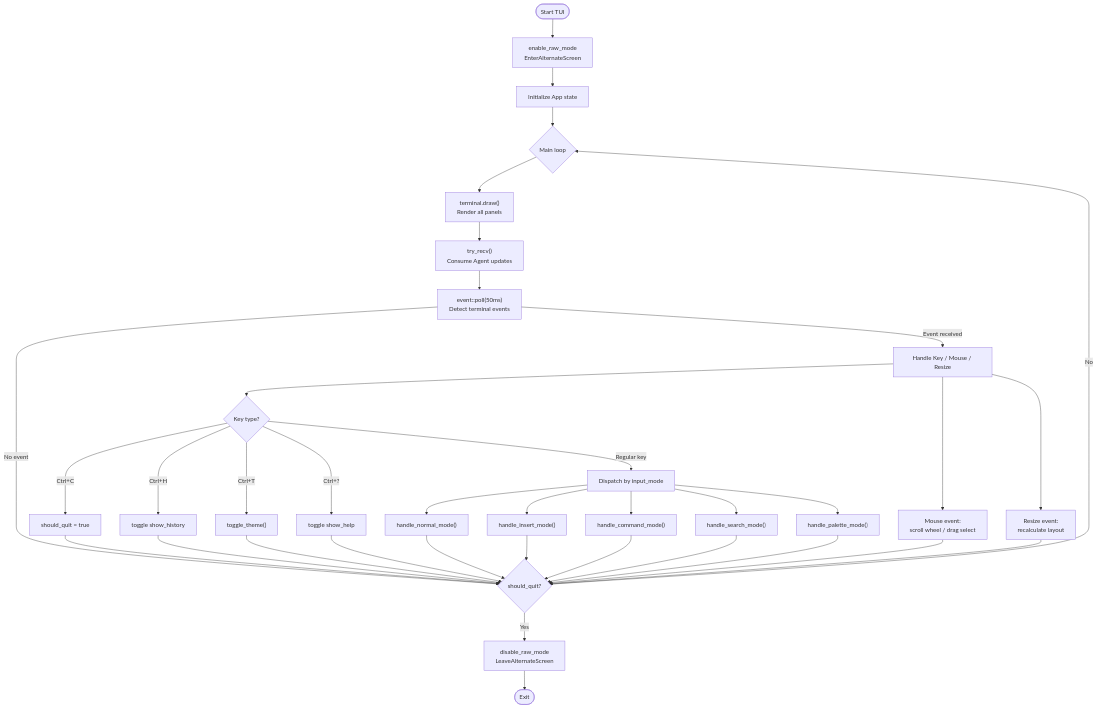
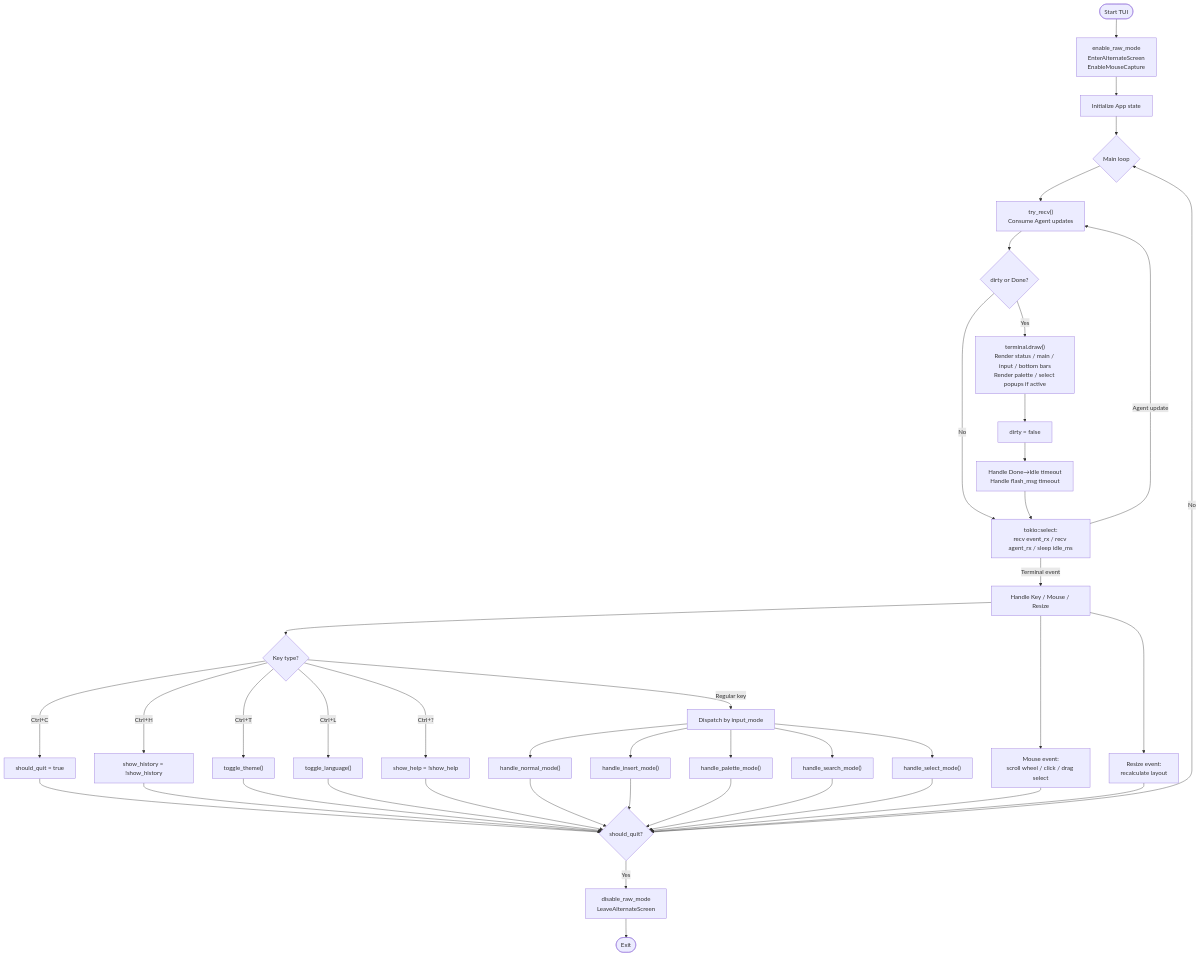
One commit to rust-infra/tact changed the eighth of 10 diagrams in ARCHITECTURE.md. Above: the diagram before and after it, drawn with Mermaid. The commit also changed other lines of this file and 3 other files, not shown here.

````diff
--- a/ARCHITECTURE.md
+++ b/ARCHITECTURE.md
@@ -176,45 +408,51 @@
 ```mermaid
 flowchart TD
-    Start([Start TUI]) --> Init["enable_raw_mode<br/>EnterAlternateScreen"]
+    Start([Start TUI]) --> Init["enable_raw_mode<br/>EnterAlternateScreen<br/>EnableMouseCapture"]
     Init --> InitApp["Initialize App state"]
     InitApp --> LoopStart{Main loop}
 
-    LoopStart --> Draw["terminal.draw()<br/>Render all panels"]
-    Draw --> PollAgent["try_recv()<br/>Consume Agent updates"]
-    PollAgent --> PollEvent["event::poll(50ms)<br/>Detect terminal events"]
+    LoopStart --> DrainAgent["try_recv()<br/>Consume Agent updates"]
+    DrainAgent --> DirtyCheck{dirty or Done?}
+    DirtyCheck -- No --> WaitEvent
+    DirtyCheck -- Yes --> Draw["terminal.draw()<br/>Render status / main / input / bottom bars<br/>Render palette / select popups if active"]
+    Draw --> ResetDirty["dirty = false"]
+    ResetDirty --> Timers["Handle Done→Idle timeout<br/>Handle flash_msg timeout"]
 
-    PollEvent -- "No event" --> CheckQuit{should_quit?}
-    PollEvent -- "Event received" --> HandleEvent["Handle Key / Mouse / Resize"]
+    Timers --> WaitEvent["tokio::select:<br/>recv event_rx / recv agent_rx / sleep idle_ms"]
+    WaitEvent -- Agent update --> DrainAgent
+    WaitEvent -- Terminal event --> HandleEvent["Handle Key / Mouse / Resize"]
 
     HandleEvent --> KeyCheck{Key type?}
     KeyCheck -- "Ctrl+C" --> SetQuit["should_quit = true"]
-    KeyCheck -- "Ctrl+H" --> ToggleHist["toggle show_history"]
+    KeyCheck -- "Ctrl+H" --> ToggleHist["show_history = !show_history"]
     KeyCheck -- "Ctrl+T" --> ToggleTheme["toggle_theme()"]
-    KeyCheck -- "Ctrl+?" --> ToggleHelp["toggle show_help"]
+    KeyCheck -- "Ctrl+L" --> ToggleLang["toggle_language()"]
+    KeyCheck -- "Ctrl+?" --> ToggleHelp["show_help = !show_help"]
     KeyCheck -- "Regular key" --> ModeDispatch["Dispatch by input_mode"]
 
     ModeDispatch --> Normal["handle_normal_mode()"]
     ModeDispatch --> Insert["handle_insert_mode()"]
-    ModeDispatch --> Command["handle_command_mode()"]
+    ModeDispatch --> Command["handle_palette_mode()"]
     ModeDispatch --> Search["handle_search_mode()"]
-    ModeDispatch --> Palette["handle_palette_mode()"]
+    ModeDispatch --> Select["handle_select_mode()"]
 
-    HandleEvent --> Mouse["Mouse event:<br/>scroll wheel / drag select"]
+    HandleEvent --> Mouse["Mouse event:<br/>scroll wheel / click / drag select"]
     HandleEvent --> Resize["Resize event:<br/>recalculate layout"]
 
-    SetQuit --> CheckQuit
-    ToggleHist --> CheckQuit
-    ToggleTheme --> CheckQuit
-    ToggleHelp --> CheckQuit
-    Normal --> CheckQuit
-    Insert --> CheckQuit
-    Command --> CheckQuit
-    Search --> CheckQuit
-    Palette --> CheckQuit
-    Mouse --> CheckQuit
-    Resize --> CheckQuit
+    SetQuit --> QuitCheck{should_quit?}
+    ToggleHist --> QuitCheck
+    ToggleTheme --> QuitCheck
+    ToggleLang --> QuitCheck
+    ToggleHelp --> QuitCheck
+    Normal --> QuitCheck
+    Insert --> QuitCheck
+    Command --> QuitCheck
+    Search --> QuitCheck
+    Select --> QuitCheck
+    Mouse --> QuitCheck
+    Resize --> QuitCheck
 
-    CheckQuit -- "No" --> LoopStart
-    CheckQuit -- "Yes" --> Cleanup["disable_raw_mode<br/>LeaveAlternateScreen"]
+    QuitCheck -- "No" --> LoopStart
+    QuitCheck -- "Yes" --> Cleanup["disable_raw_mode<br/>LeaveAlternateScreen"]
     Cleanup --> End([Exit])
 ```
````
